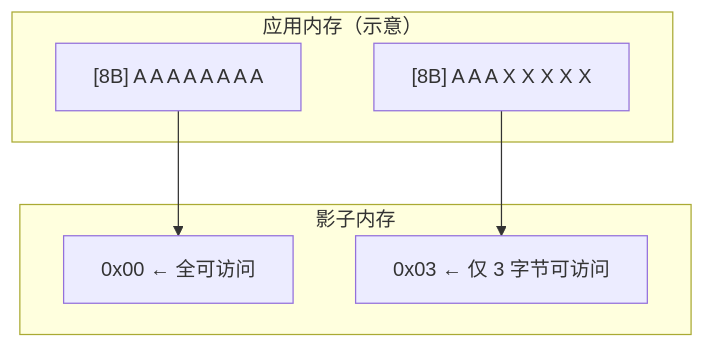
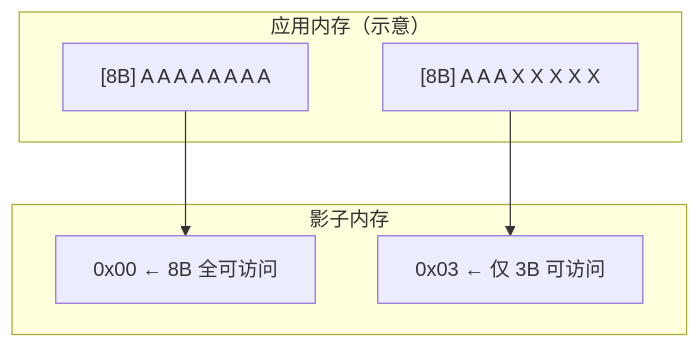
Before and after one commit to comsoftWHU/comsoftwhu.github.io: the second of 7 diagrams in MemSafety/ASan.md, drawn with Mermaid. The commit also changed other lines of this file and 1 other file, not shown here.

````diff
--- a/MemSafety/ASan.md
+++ b/MemSafety/ASan.md
@@ -71,13 +72,13 @@
 ```mermaid
 graph TB
   subgraph AppMem["应用内存（示意）"]
     B0["[8B] A A A A A A A A"]
     B1["[8B] A A A X X X X X"]
   end
   subgraph Shadow["影子内存"]
-    S0["0x00  ← 全可访问"]
-    S1["0x03  ← 仅 3 字节可访问"]
+    S0["0x00  ← 8B 全可访问"]
+    S1["0x03  ← 仅 3B 可访问"]
   end
   B0-->S0
   B1-->S1
 ```
````
